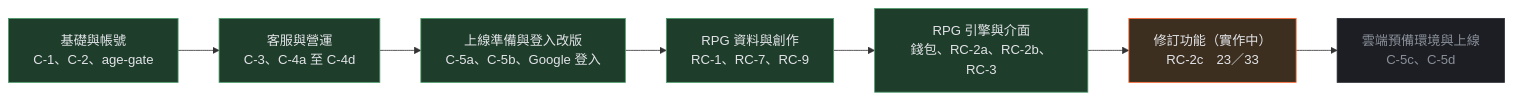
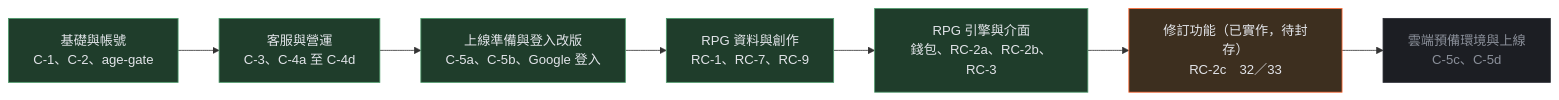
Diagram 17 of 17 in docs/1.0簡報.md (pp466pp466/R.A.C), drawn with Mermaid before and after one commit. The commit also changed other lines of this file and 12 other files, not shown here.

First line of the commit message:
rpg-turn-revision E批：文件同步（RPG.md 7.8.1、設計文件、README 新章、路線圖與 1.0 簡報）

````diff
--- a/docs/1.0簡報.md
+++ b/docs/1.0簡報.md
@@ -680,14 +680,14 @@
 ```mermaid
 flowchart LR
     A["基礎與帳號<br/>C-1、C-2、age-gate"]:::done
     B["客服與營運<br/>C-3、C-4a 至 C-4d"]:::done
     C["上線準備與登入改版<br/>C-5a、C-5b、Google 登入"]:::done
     D["RPG 資料與創作<br/>RC-1、RC-7、RC-9"]:::done
     E["RPG 引擎與介面<br/>錢包、RC-2a、RC-2b、RC-3"]:::done
-    F["修訂功能（實作中）<br/>RC-2c　23／33"]:::active
+    F["修訂功能（已實作，待封存）<br/>RC-2c　32／33"]:::active
     G["雲端預備環境與上線<br/>C-5c、C-5d"]:::plan
     A --> B --> C --> D --> E --> F --> G
     classDef done fill:#1f3d2b,stroke:#4c9a6a,color:#e2e4e9
     classDef active fill:#3d2f1f,stroke:#ff6b35,color:#e2e4e9
     classDef plan fill:#1c1e23,stroke:#2a2d34,color:#8a8f99
 ```
````
